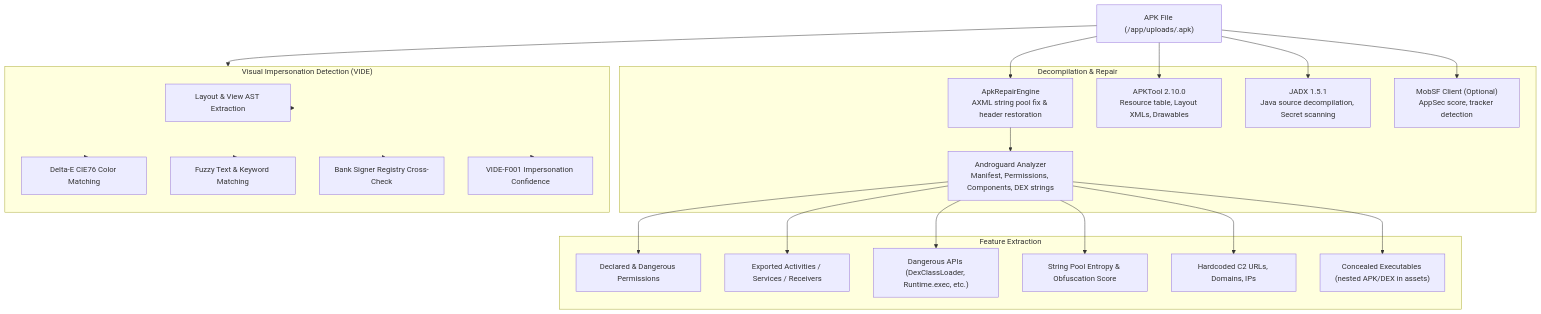
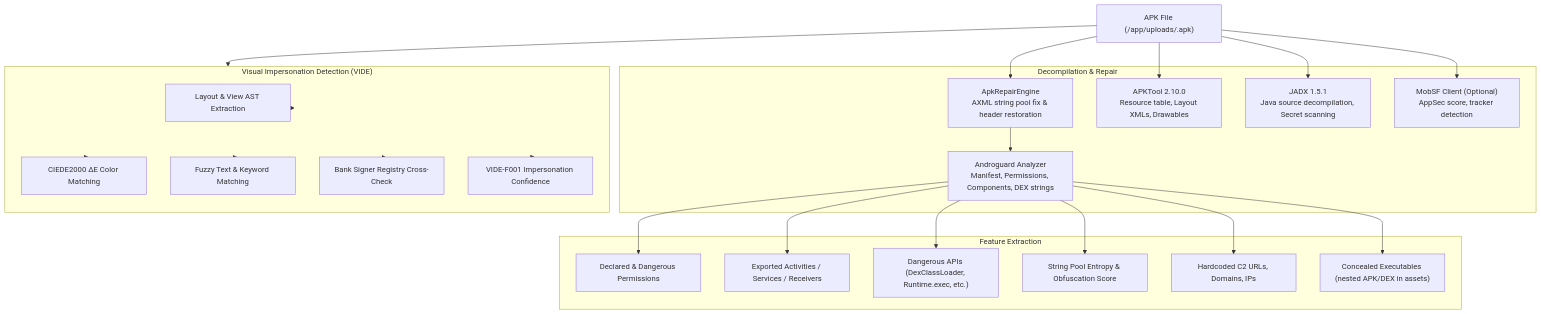
Before and after one commit to SanTiwari07/Sudarshan: the second of 4 diagrams in docs/CURRENT_ARCHITECTURE.md, drawn with Mermaid. The commit also changed other lines of this file and 41 other files, not shown here.

Commit message:
add comprehensive architectural documentation and project structure scaffolding

````diff
--- a/docs/CURRENT_ARCHITECTURE.md
+++ b/docs/CURRENT_ARCHITECTURE.md
@@ -200,49 +200,49 @@
 ```mermaid
 graph TD
     APK["APK File (/app/uploads/<sha256>.apk)"]
     
     subgraph Decompilation_Engines["Decompilation & Repair"]
         REPAIR["ApkRepairEngine<br/>AXML string pool fix & header restoration"]
         ANDRO["Androguard Analyzer<br/>Manifest, Permissions, Components, DEX strings"]
         APKTOOL["APKTool 2.10.0<br/>Resource table, Layout XMLs, Drawables"]
         JADX["JADX 1.5.1<br/>Java source decompilation, Secret scanning"]
         MOBSF_CLI["MobSF Client (Optional)<br/>AppSec score, tracker detection"]
     end
     
     subgraph Feature_Extraction["Feature Extraction"]
         PERMS["Declared & Dangerous Permissions"]
         COMPONENTS["Exported Activities / Services / Receivers"]
         APIS["Dangerous APIs (DexClassLoader, Runtime.exec, etc.)"]
         ENTROPY["String Pool Entropy & Obfuscation Score"]
         NET_IOCS["Hardcoded C2 URLs, Domains, IPs"]
         CONCEALED["Concealed Executables (nested APK/DEX in assets)"]
     end
     
     subgraph VIDE_Engine["Visual Impersonation Detection (VIDE)"]
         LAYOUT["Layout & View AST Extraction"]
-        COLOR["Delta-E CIE76 Color Matching"]
+        COLOR["CIEDE2000 ΔE Color Matching"]
         FUZZY["Fuzzy Text & Keyword Matching"]
         SIGNER["Bank Signer Registry Cross-Check"]
         VIDE_SCORE["VIDE-F001 Impersonation Confidence"]
     end
 
     APK --> REPAIR
     REPAIR --> ANDRO
     APK --> APKTOOL
     APK --> JADX
     APK --> MOBSF_CLI
     APK --> VIDE_Engine
 
     ANDRO --> PERMS
     ANDRO --> COMPONENTS
     ANDRO --> APIS
     ANDRO --> ENTROPY
     ANDRO --> NET_IOCS
     ANDRO --> CONCEALED
 
     VIDE_Engine --> LAYOUT
     VIDE_Engine --> COLOR
     VIDE_Engine --> FUZZY
     VIDE_Engine --> SIGNER
     VIDE_Engine --> VIDE_SCORE
 ```
````
